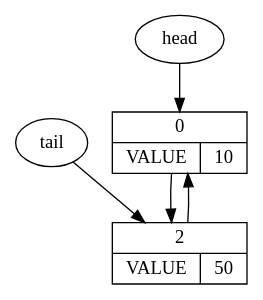
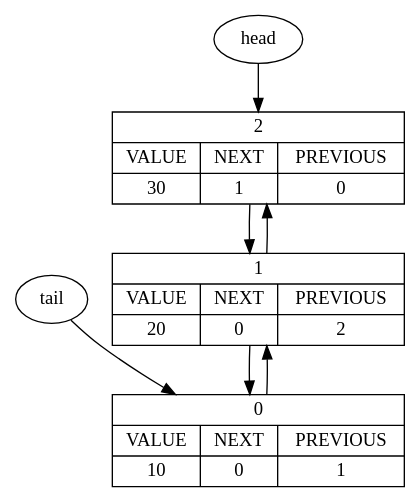
The diagram in cmake-build-debug/dump.dot (fckxorg/LinkedListArrays), drawn with Graphviz before and after one commit. The commit also changed 5 other files, not shown here.

```diff
--- a/cmake-build-debug/dump.dot
+++ b/cmake-build-debug/dump.dot
@@ -1,8 +1,11 @@
 digraph {
-node0[label="{{0}|{VALUE | 10}}",shape=record];
-node2[label="{{2}|{VALUE | 50}}",shape=record];
-node2 -> node0;
-node0 -> node2;
-head -> node0;
-tail -> node2;
+node2[label="{{2}|{{VALUE|30}|{NEXT|1}|{PREVIOUS|0}}}",shape=record];
+node1[label="{{1}|{{VALUE|20}|{NEXT|0}|{PREVIOUS|2}}}",shape=record];
+node1 -> node2;
+node2 -> node1;
+node0[label="{{0}|{{VALUE|10}|{NEXT|0}|{PREVIOUS|1}}}",shape=record];
+node0 -> node1;
+node1 -> node0;
+head -> node2;
+tail -> node0;
 }
```
